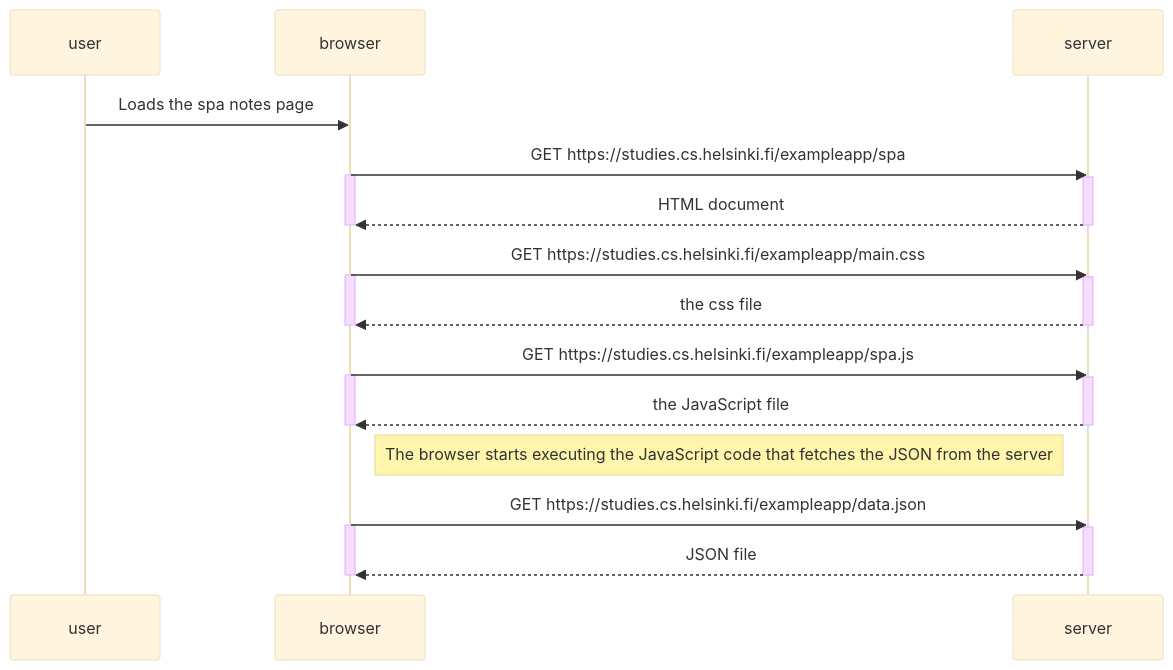
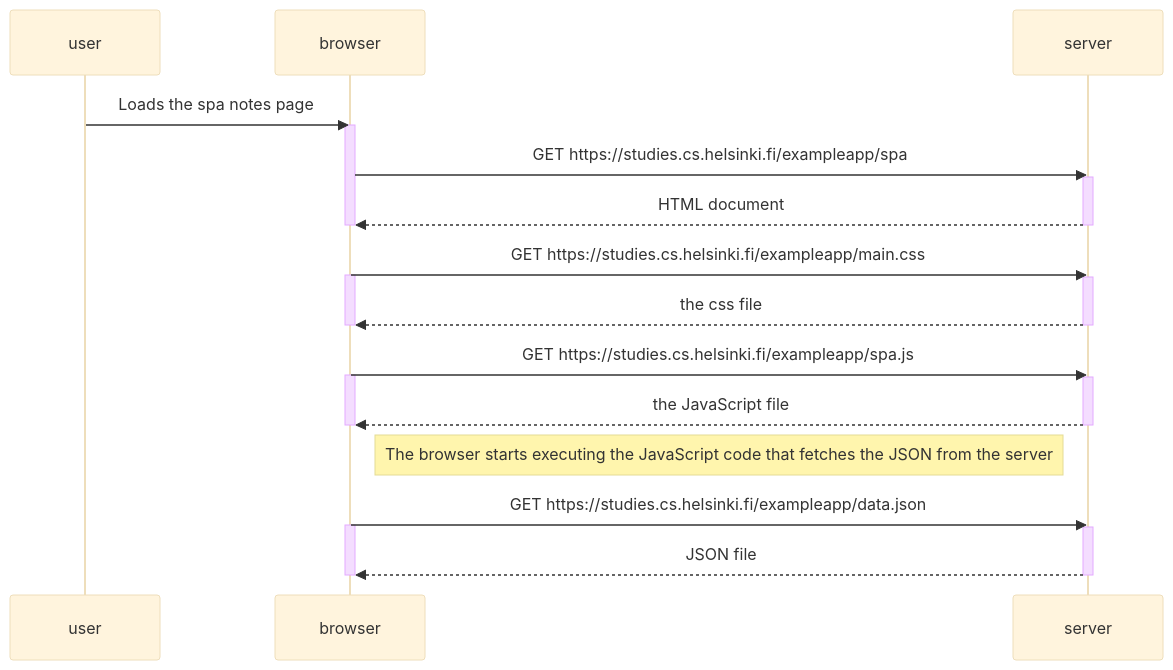
Before and after one commit to YoussefG02/fullstackopen-part-0: the diagram in 0.5/SPA_NavigationSequenceDiagram.md, drawn with Mermaid (base theme). The commit also changed other lines of this file, not shown here.

````diff
--- a/0.5/SPA_NavigationSequenceDiagram.md
+++ b/0.5/SPA_NavigationSequenceDiagram.md
@@ -1,38 +1,38 @@
 ```mermaid
 sequenceDiagram
     participant user
     participant browser
     participant server
 
 
     user->>browser: Loads the spa notes page
+    activate browser
     browser->>server: GET https://studies.cs.helsinki.fi/exampleapp/spa
-    activate browser
     activate server
     server-->>browser: HTML document
     deactivate server
     deactivate browser
 
     browser->>server: GET https://studies.cs.helsinki.fi/exampleapp/main.css
     activate browser
     activate server
     server-->>browser: the css file
     deactivate server
     deactivate browser
 
     browser->>server: GET https://studies.cs.helsinki.fi/exampleapp/spa.js
     activate browser
     activate server
     server-->>browser: the JavaScript file
     deactivate server
     deactivate browser
 
     Note right of browser: The browser starts executing the JavaScript code that fetches the JSON from the server
 
     browser->>server: GET https://studies.cs.helsinki.fi/exampleapp/data.json
     activate browser
     activate server
     server-->>browser: JSON file
     deactivate server
     deactivate browser
 ```
````
